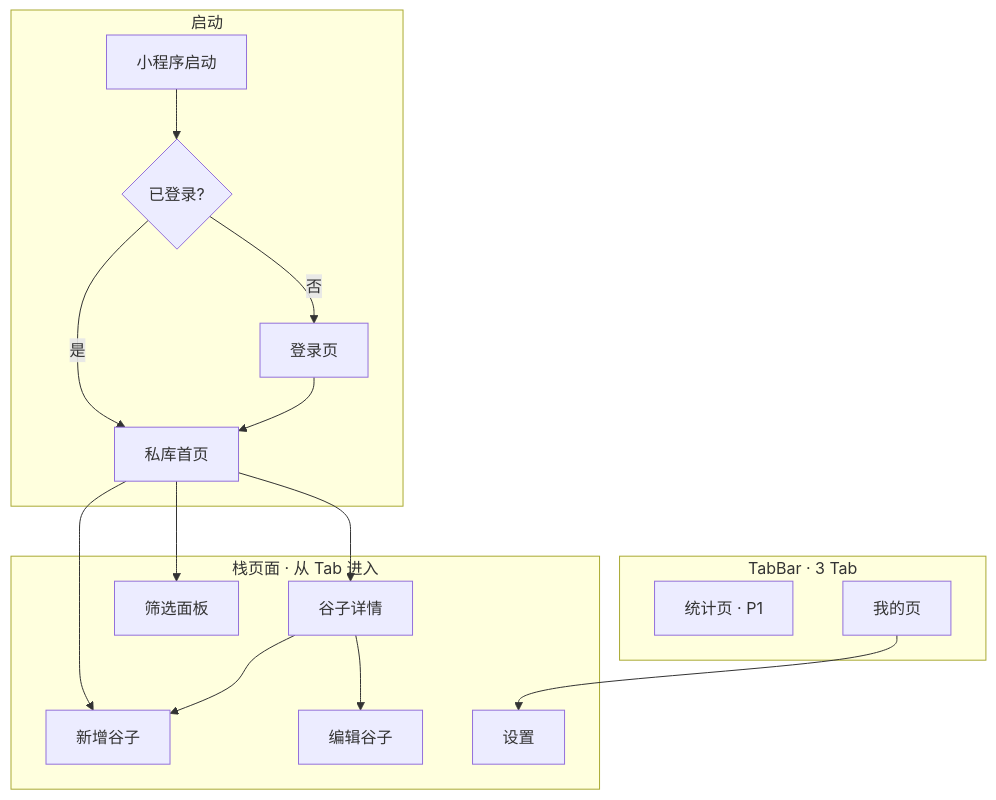
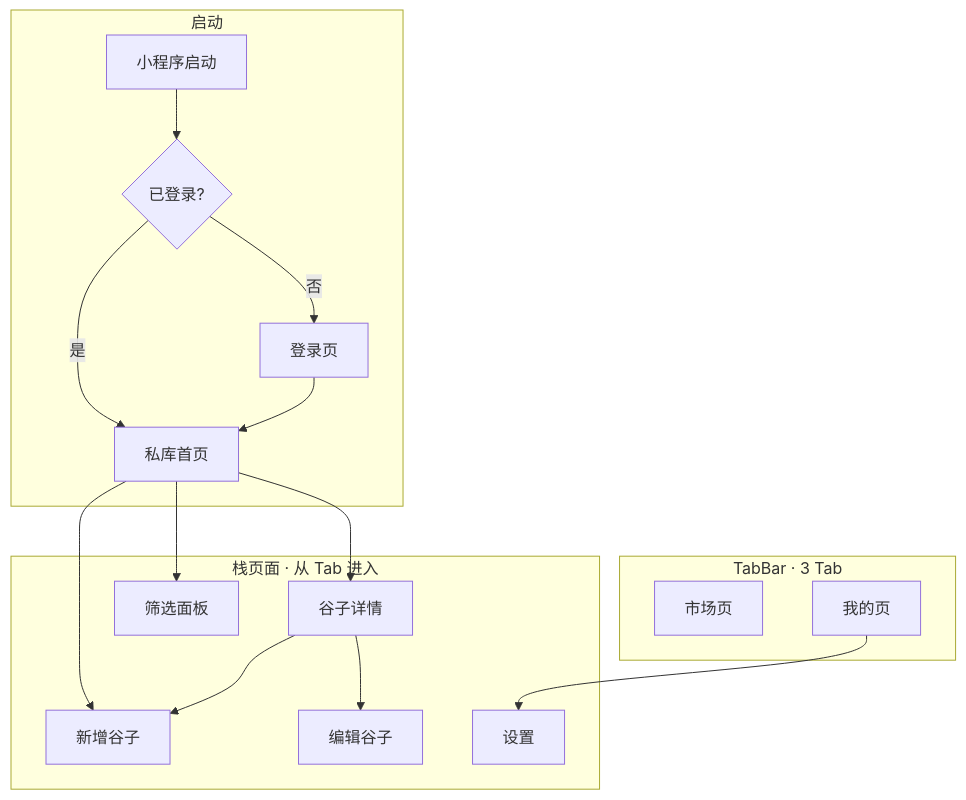
Before and after one commit to wzscq/gushi: the diagram in pages.md, drawn with Mermaid. The commit also changed other lines of this file and 28 other files, not shown here.

````diff
--- a/pages.md
+++ b/pages.md
@@ -10,26 +10,26 @@
 ```mermaid
 flowchart TB
     subgraph launch [启动]
         L0[小程序启动]
         L1{已登录?}
         L0 --> L1
         L1 -->|否| P01[登录页]
         L1 -->|是| P02[私库首页]
         P01 --> P02
     end
 
     subgraph tabbar [TabBar · 3 Tab]
         P02
-        P07[统计页 · P1]
+        P07[市场页]
         P08[我的页]
     end
 
     subgraph stack [栈页面 · 从 Tab 进入]
         P02 --> P03[谷子详情]
         P02 --> P04[筛选面板]
         P02 --> P05[新增谷子]
         P03 --> P06[编辑谷子]
         P03 --> P05
         P08 --> P10[设置]
     end
 ```
````
